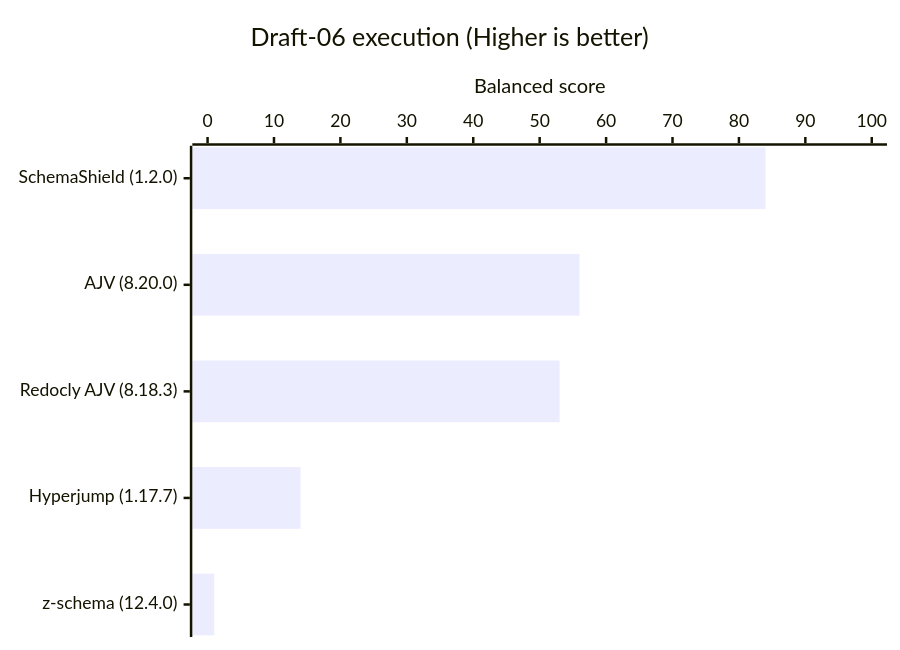
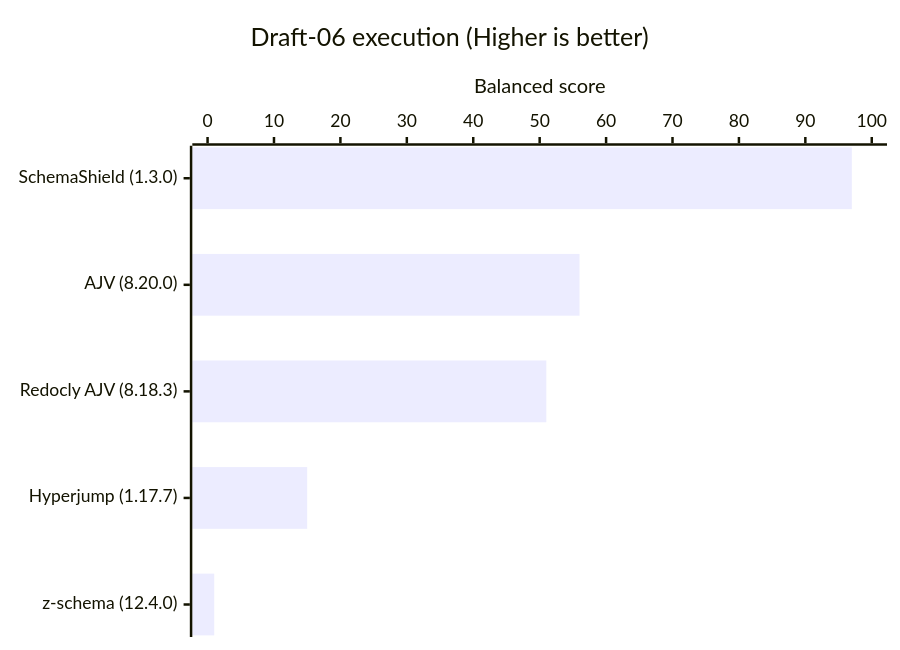
Before and after one commit to Masquerade-Circus/json-schema-validator-bench: the third of 8 diagrams in README.md, drawn with Mermaid. The commit also changed other lines of this file and 238 other files, not shown here.

````diff
--- a/README.md
+++ b/README.md
@@ -148,7 +148,7 @@
 ```mermaid
 xychart horizontal
     title "Draft-06 execution (Higher is better)"
-    x-axis ["SchemaShield (1.2.0)", "AJV (8.20.0)", "Redocly AJV (8.18.3)", "Hyperjump (1.17.7)", "z-schema (12.4.0)"]
+    x-axis ["SchemaShield (1.3.0)", "AJV (8.20.0)", "Redocly AJV (8.18.3)", "Hyperjump (1.17.7)", "z-schema (12.4.0)"]
     y-axis "Balanced score" 0 --> 100
-    bar [84, 56, 53, 14, 1]
+    bar [97, 56, 51, 15, 1]
 ```
````
